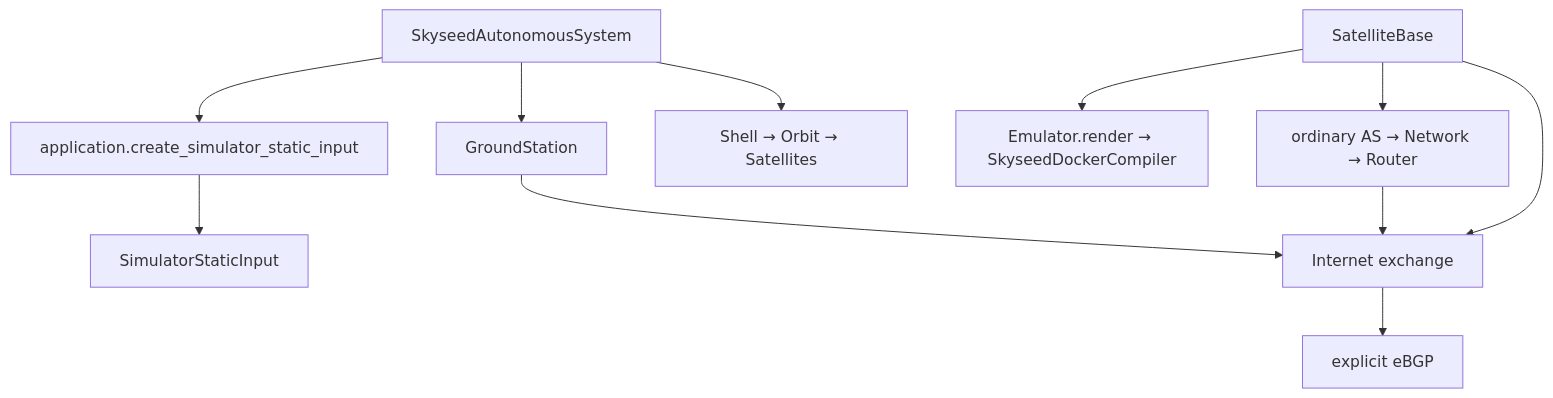
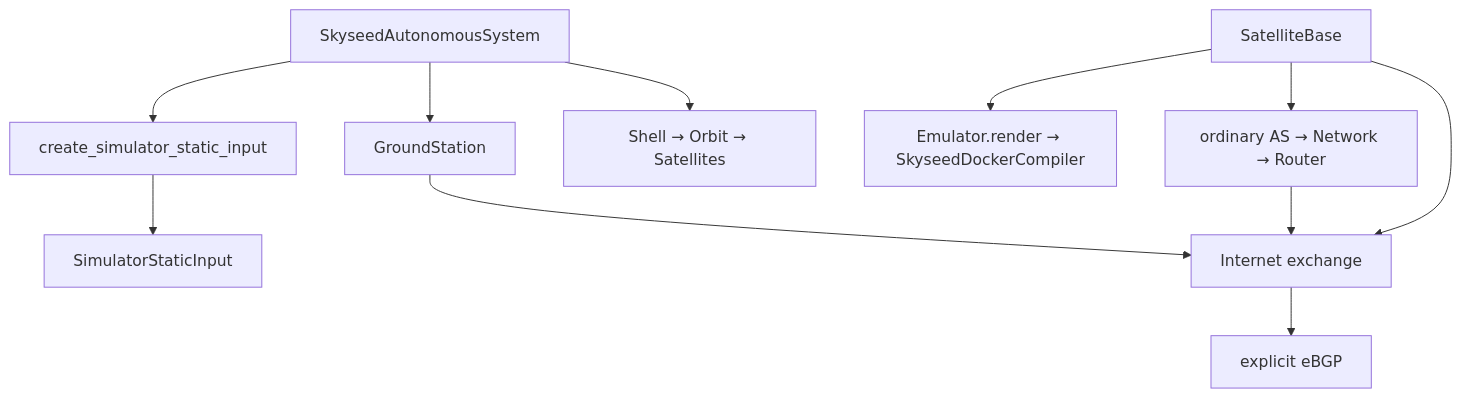
The fourth of 7 diagrams in skyseed_v2/docs/architecture/diagrams.md (seed-labs/skyseed), drawn with Mermaid before and after one commit. The commit also changed other lines of this file and 61 other files, not shown here.

````diff
--- a/skyseed_v2/docs/architecture/diagrams.md
+++ b/skyseed_v2/docs/architecture/diagrams.md
@@ -92,14 +98,14 @@
 ```mermaid
 flowchart TD
     A[SkyseedAutonomousSystem]
     A --> S[Shell → Orbit → Satellites]
     A --> G[GroundStation]
     B[SatelliteBase] --> IX[Internet exchange]
     B --> R[ordinary AS → Network → Router]
     G --> IX
     R --> IX
     IX --> P[explicit eBGP]
-    A --> F[application.create_simulator_static_input]
+    A --> F[create_simulator_static_input]
     F --> I[SimulatorStaticInput]
     B --> C[Emulator.render → SkyseedDockerCompiler]
 ```
````
